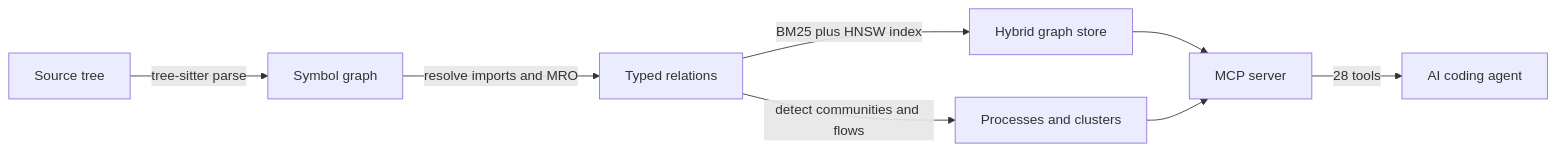
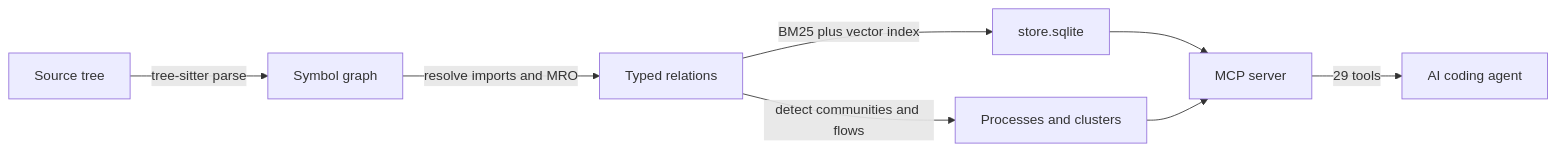
The diagram in packages/docs/src/content/docs/start-here/what-is-opencodehub.md (theagenticguy/opencodehub), drawn with Mermaid before and after one commit. The commit also changed other lines of this file and 202 other files, not shown here.

````diff
--- a/packages/docs/src/content/docs/start-here/what-is-opencodehub.md
+++ b/packages/docs/src/content/docs/start-here/what-is-opencodehub.md
@@ -40,10 +40,10 @@
 ```mermaid
 flowchart LR
   A[Source tree] -->|tree-sitter parse| B[Symbol graph]
   B -->|resolve imports and MRO| C[Typed relations]
-  C -->|BM25 plus HNSW index| D[Hybrid graph store]
+  C -->|BM25 plus vector index| D[store.sqlite]
   C -->|detect communities and flows| E[Processes and clusters]
   D --> F[MCP server]
   E --> F
-  F -->|28 tools| G[AI coding agent]
+  F -->|29 tools| G[AI coding agent]
 ```
````
